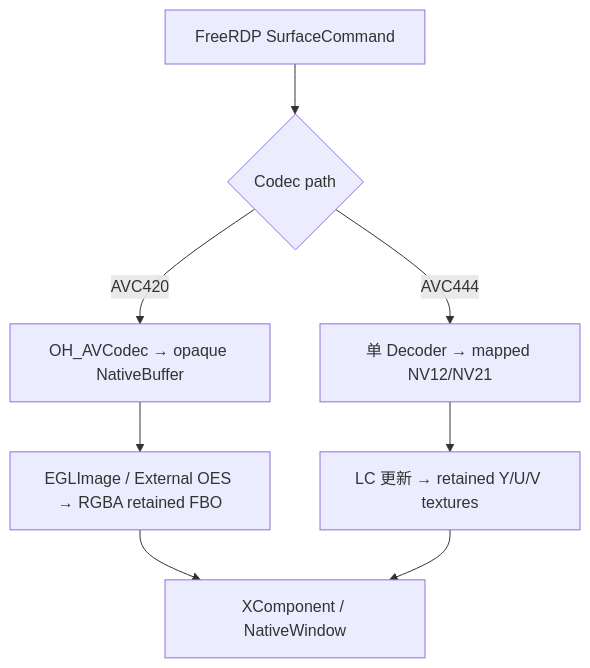
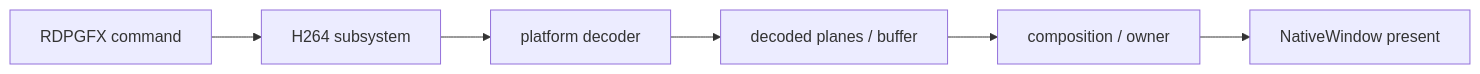
Before and after one commit to xiaomu120413/harmonyos-sdd-ralph-workshop: the eighth of 12 diagrams in harmonyos-sdd-ralph-workshop.md, drawn with Mermaid. The commit also changed other lines of this file and 6 other files, not shown here.

````diff
--- a/harmonyos-sdd-ralph-workshop.md
+++ b/harmonyos-sdd-ralph-workshop.md
@@ -1590,10 +1593,8 @@
 ```mermaid
-flowchart TB
-    A[FreeRDP SurfaceCommand] --> B{Codec path}
-    B -->|AVC420| C[OH_AVCodec → opaque NativeBuffer]
-    C --> D[EGLImage / External OES → RGBA retained FBO]
-    B -->|AVC444| E[单 Decoder → mapped NV12/NV21]
-    E --> F[LC 更新 → retained Y/U/V textures]
-    D --> G[XComponent / NativeWindow]
-    F --> G
+flowchart LR
+    A[RDPGFX command] --> B[H264 subsystem]
+    B --> C[platform decoder]
+    C --> D[decoded planes / buffer]
+    D --> E[composition / owner]
+    E --> F[NativeWindow present]
 ```
````
